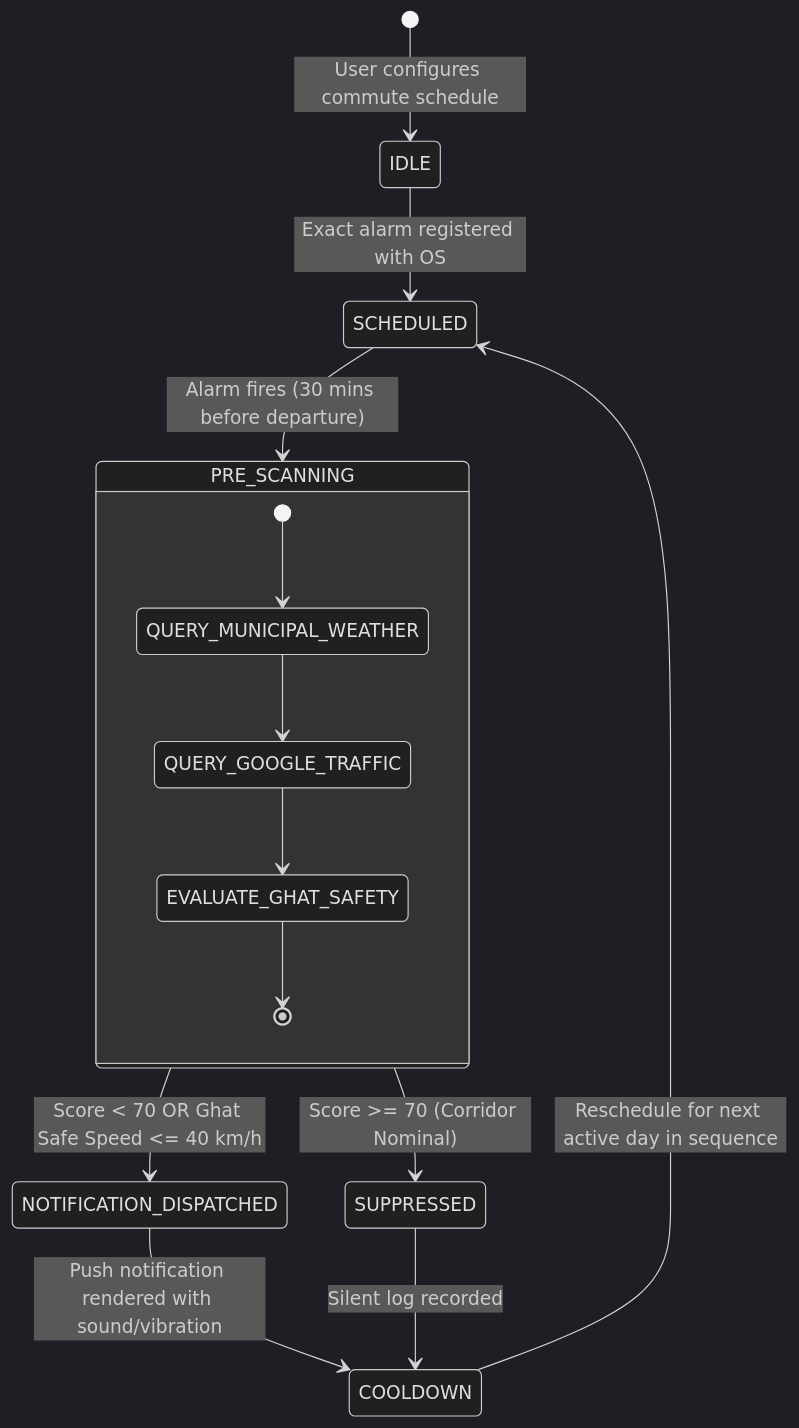
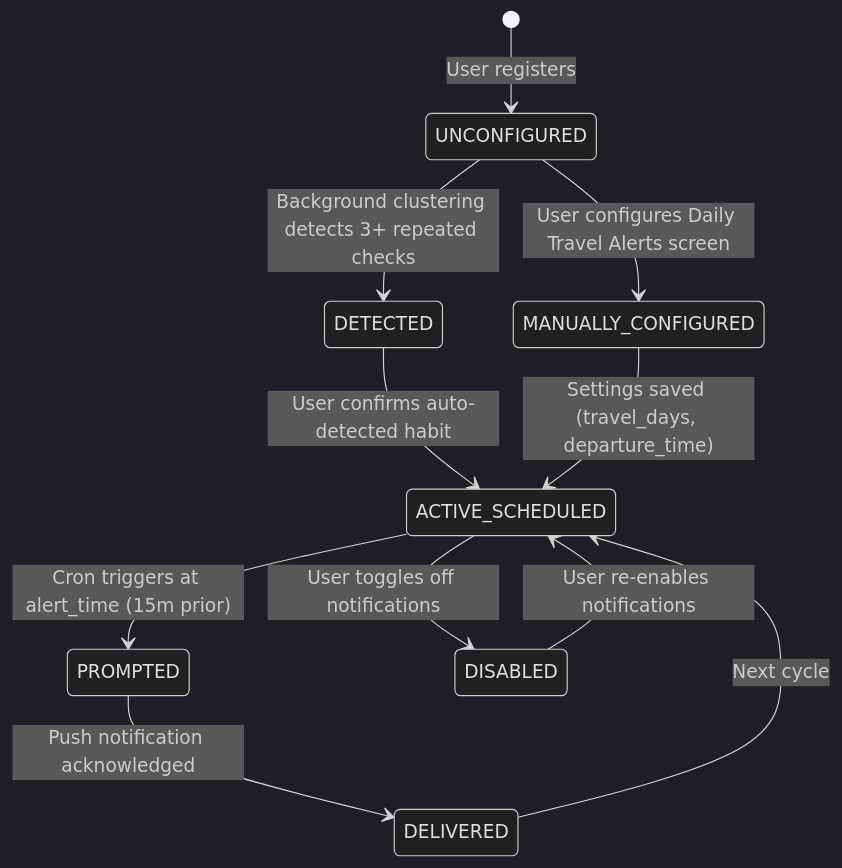
One commit to daredevil2304/traveladvisory changed diagram 13 of 15 in MUMBAI_PUNE_TRAVEL_INTELLIGENCE_MASTER_REPORT.md. Above: the diagram before and after it, drawn with Mermaid (dark theme). The commit also changed other lines of this file and 1 other file, not shown here.

Commit message:
docs: publish 10/10 Master Engineering Report & System Architecture Manual (Expanded Edition)

````diff
--- a/MUMBAI_PUNE_TRAVEL_INTELLIGENCE_MASTER_REPORT.md
+++ b/MUMBAI_PUNE_TRAVEL_INTELLIGENCE_MASTER_REPORT.md
@@ -599,22 +641,13 @@
 ```mermaid
 stateDiagram-v2
-    [*] --> IDLE : User configures commute schedule
-    IDLE --> SCHEDULED : Exact alarm registered with OS
-    
-    SCHEDULED --> PRE_SCANNING : Alarm fires (30 mins before departure)
-    
-    state PRE_SCANNING {
-        [*] --> QUERY_MUNICIPAL_WEATHER
-        QUERY_MUNICIPAL_WEATHER --> QUERY_GOOGLE_TRAFFIC
-        QUERY_GOOGLE_TRAFFIC --> EVALUATE_GHAT_SAFETY
-        EVALUATE_GHAT_SAFETY --> [*]
-    }
-    
-    PRE_SCANNING --> NOTIFICATION_DISPATCHED : Score < 70 OR Ghat Safe Speed <= 40 km/h
-    PRE_SCANNING --> SUPPRESSED : Score >= 70 (Corridor Nominal)
-    
-    NOTIFICATION_DISPATCHED --> COOLDOWN : Push notification rendered with sound/vibration
-    SUPPRESSED --> COOLDOWN : Silent log recorded
-    
-    COOLDOWN --> SCHEDULED : Reschedule for next active day in sequence
+    [*] --> UNCONFIGURED : User registers
+    UNCONFIGURED --> DETECTED : Background clustering detects 3+ repeated checks
+    UNCONFIGURED --> MANUALLY_CONFIGURED : User configures Daily Travel Alerts screen
+    DETECTED --> ACTIVE_SCHEDULED : User confirms auto-detected habit
+    MANUALLY_CONFIGURED --> ACTIVE_SCHEDULED : Settings saved (travel_days, departure_time)
+    ACTIVE_SCHEDULED --> PROMPTED : Cron triggers at alert_time (15m prior)
+    PROMPTED --> DELIVERED : Push notification acknowledged
+    DELIVERED --> ACTIVE_SCHEDULED : Next cycle
+    ACTIVE_SCHEDULED --> DISABLED : User toggles off notifications
+    DISABLED --> ACTIVE_SCHEDULED : User re-enables notifications
 ```
````
